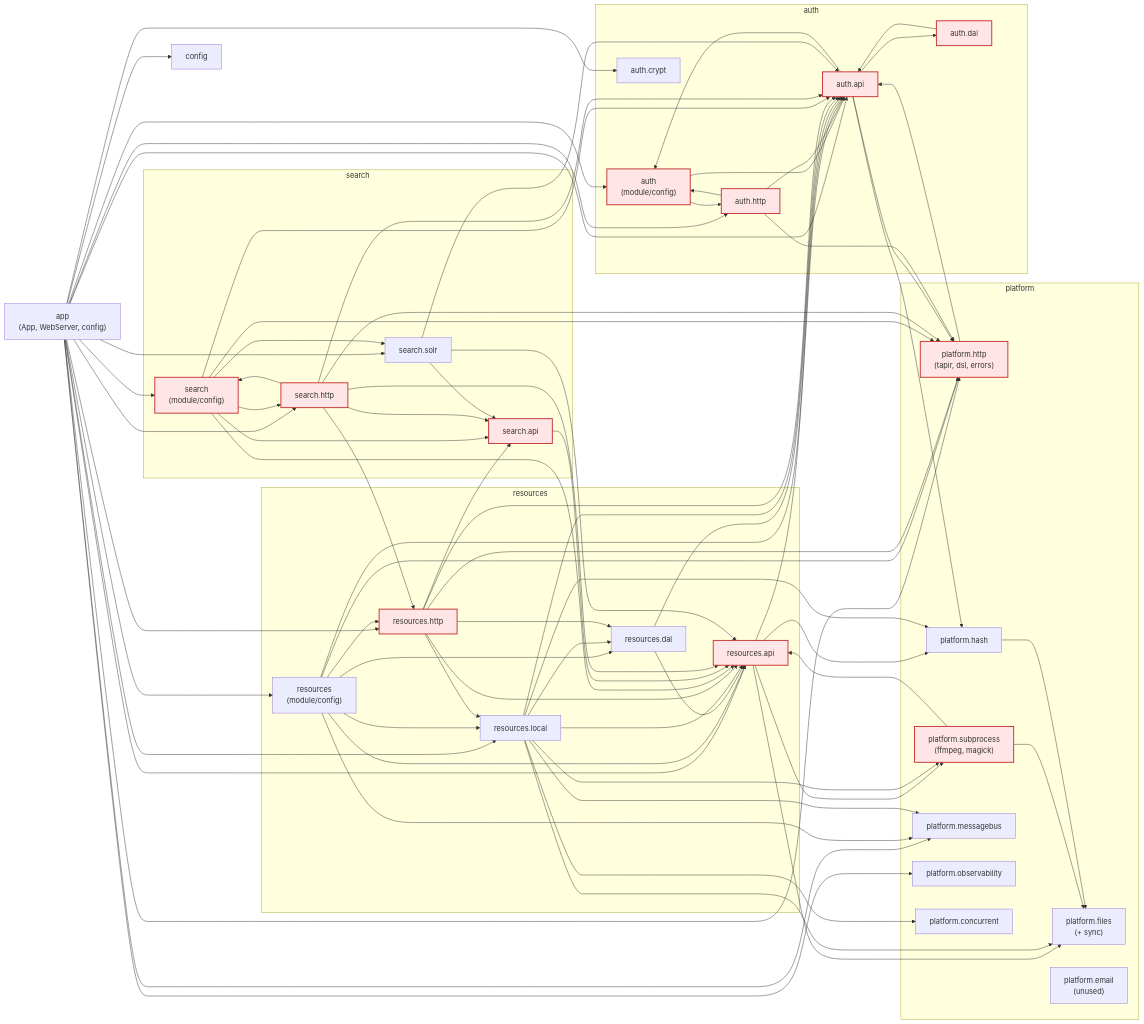
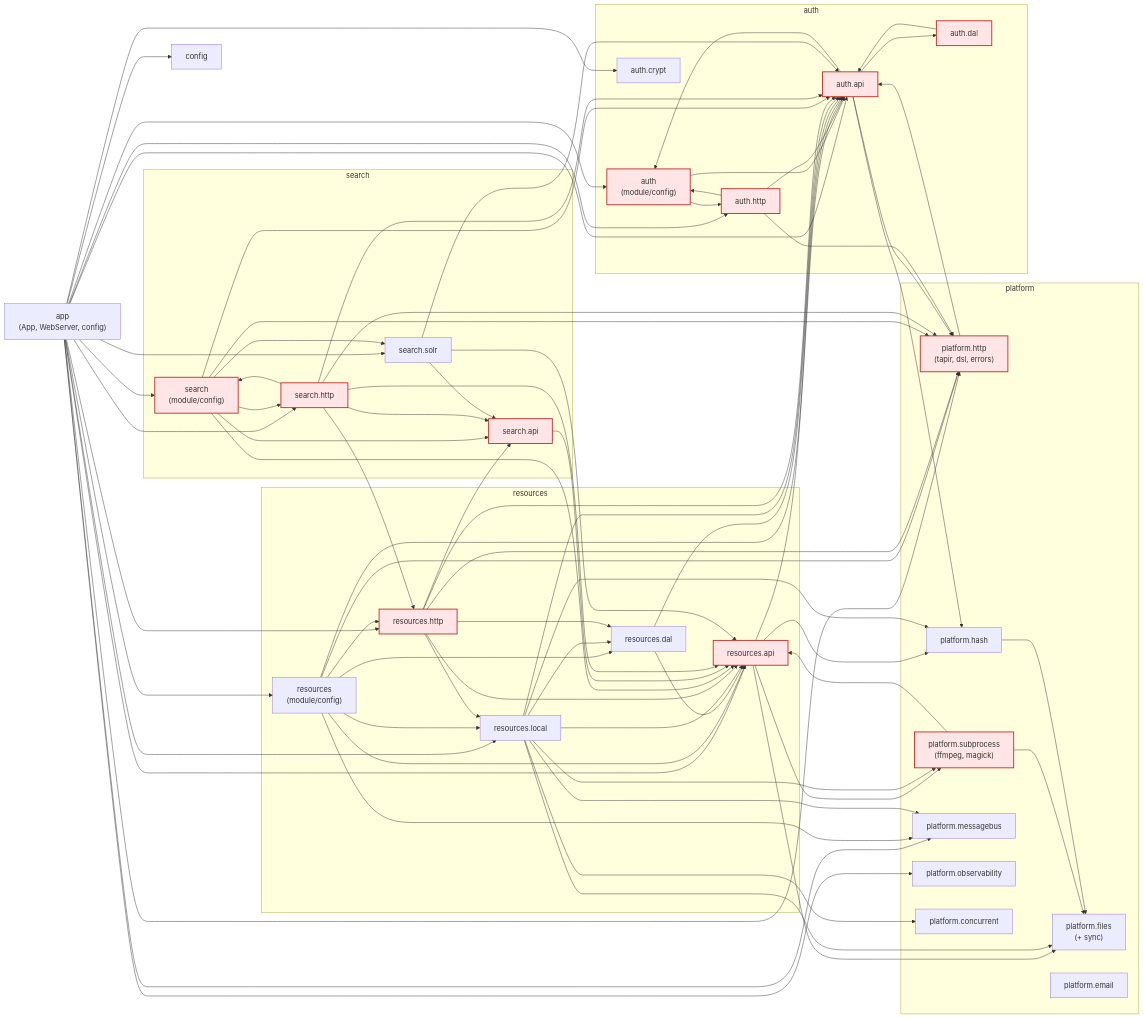
One commit to merlijn/amony changed the first of 2 diagrams in docs/modules/module-boundaries.md. Above: the diagram before and after it, drawn with Mermaid. The commit also changed other lines of this file and 6 other files, not shown here.

Commit message:
refactor(platform): extract email module

```diff
--- a/docs/modules/module-boundaries.md
+++ b/docs/modules/module-boundaries.md
@@ -28,7 +28,7 @@
     platform_msg["platform.messagebus"]
     platform_obs["platform.observability"]
     platform_conc["platform.concurrent"]
-    platform_email["platform.email<br/>(unused)"]
+    platform_email["platform.email"]
   end
 
   subgraph auth_group["auth"]
```
